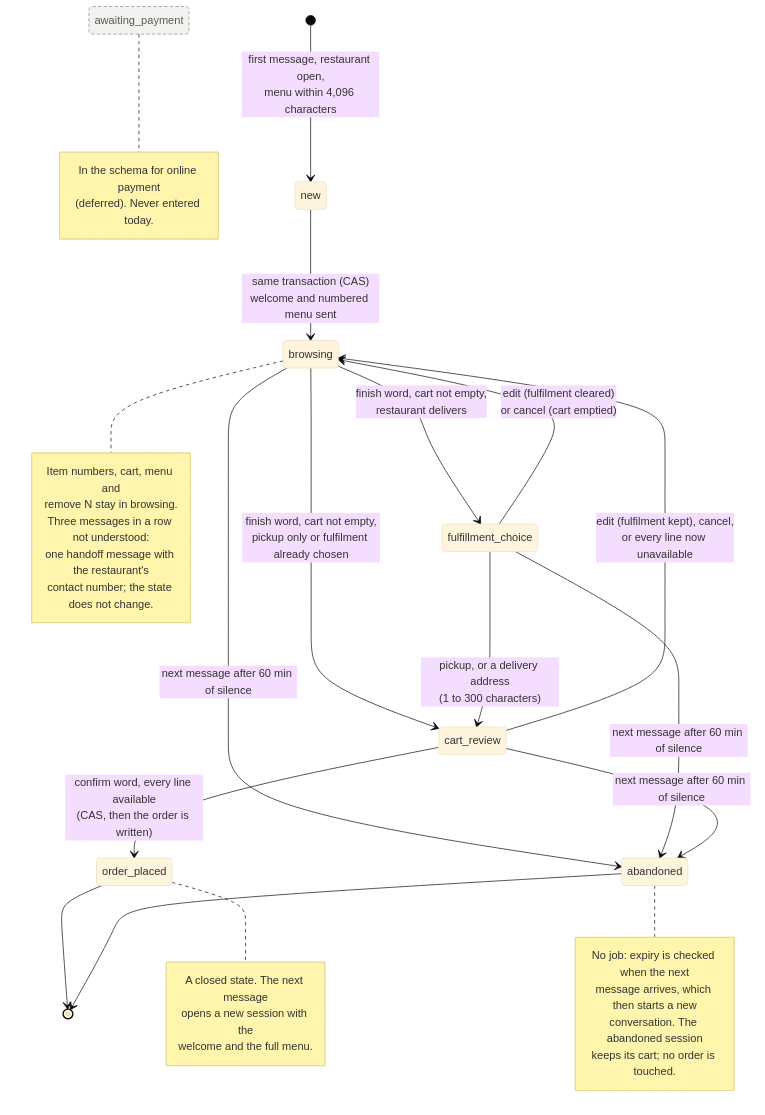
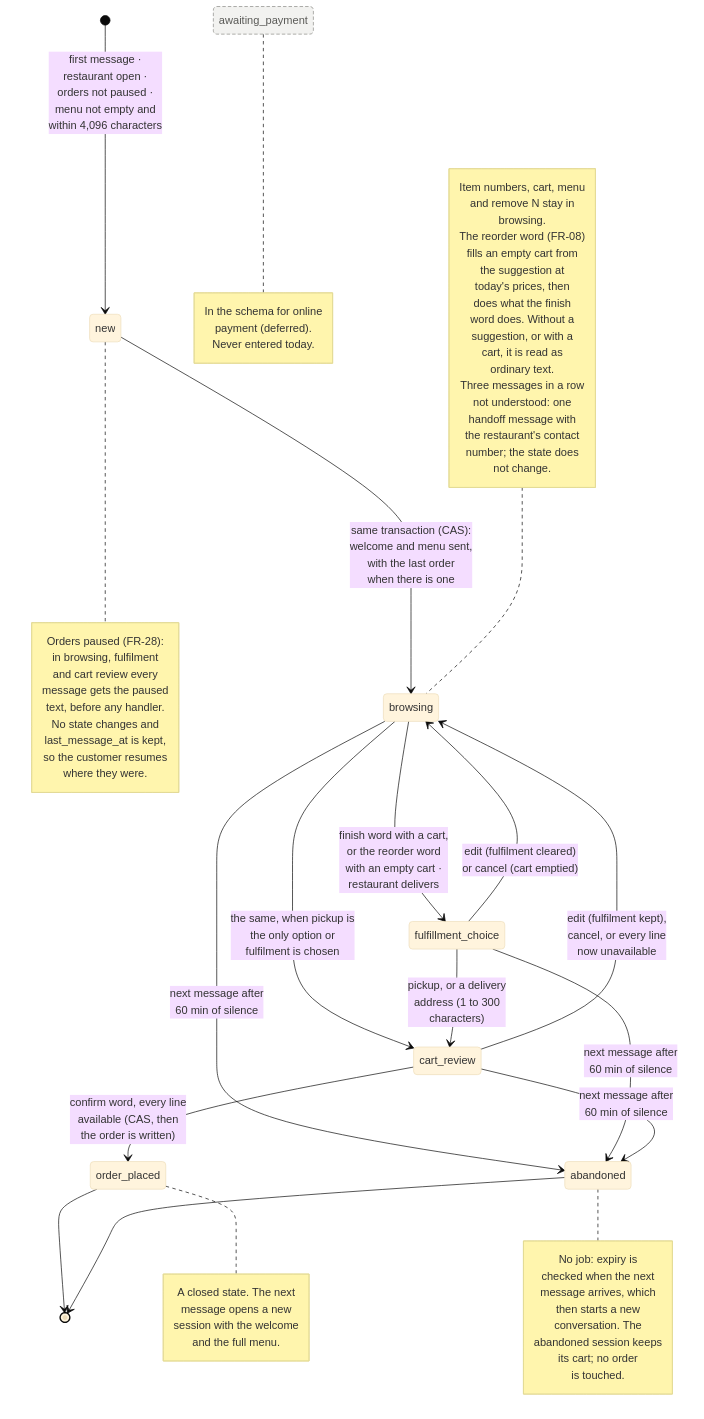
Before and after one commit to mozz-labs/sufria: the diagram in docs/diagrams/08-state-session.mmd, drawn with Mermaid (base theme). The commit also changed 37 other files, not shown here.

First line of the commit message:
docs(wip): Chapter 3 v1.2 diagrams — all rendered, FR-08, FR-28 and menu as built

```diff
--- a/docs/diagrams/08-state-session.mmd
+++ b/docs/diagrams/08-state-session.mmd
@@ -1,51 +1,82 @@
 stateDiagram-v2
     direction TB
     classDef deferred fill:#F2F2F0,stroke:#8A8A85,stroke-dasharray:5 3,color:#5A5A57
 
-    [*] --> new : first message, restaurant open,<br/>menu within 4,096 characters
-    new --> browsing : same transaction (CAS)<br/>welcome and numbered menu sent
+    [*] --> new : first message ·<br/>restaurant open ·<br/>orders not paused ·<br/>menu not empty and<br/>within 4,096 characters
+    new --> browsing : same transaction (CAS):<br/>welcome and menu sent,<br/>with the last order<br/>when there is one
 
-    browsing --> fulfillment_choice : finish word, cart not empty,<br/>restaurant delivers
-    browsing --> cart_review : finish word, cart not empty,<br/>pickup only or fulfilment already chosen
+    browsing --> fulfillment_choice : finish word with a cart,<br/>or the reorder word<br/>with an empty cart ·<br/>restaurant delivers
+    browsing --> cart_review : the same, when pickup is<br/>the only option or<br/>fulfilment is chosen
 
-    fulfillment_choice --> cart_review : pickup, or a delivery address<br/>(1 to 300 characters)
+    fulfillment_choice --> cart_review : pickup, or a delivery<br/>address (1 to 300<br/>characters)
     fulfillment_choice --> browsing : edit (fulfilment cleared)<br/>or cancel (cart emptied)
 
-    cart_review --> browsing : edit (fulfilment kept), cancel,<br/>or every line now unavailable
-    cart_review --> order_placed : confirm word, every line available<br/>(CAS, then the order is written)
+    cart_review --> browsing : edit (fulfilment kept),<br/>cancel, or every line<br/>now unavailable
+    cart_review --> order_placed : confirm word, every line<br/>available (CAS, then<br/>the order is written)
 
-    browsing --> abandoned : next message after 60 min of silence
-    fulfillment_choice --> abandoned : next message after 60 min of silence
-    cart_review --> abandoned : next message after 60 min of silence
+    browsing --> abandoned : next message after<br/>60 min of silence
+    fulfillment_choice --> abandoned : next message after<br/>60 min of silence
+    cart_review --> abandoned : next message after<br/>60 min of silence
 
     awaiting_payment
     class awaiting_payment deferred
 
     order_placed --> [*]
     abandoned --> [*]
 
-    note right of browsing
-        Item numbers, cart, menu and
-        remove N stay in browsing.
-        Three messages in a row not understood:
-        one handoff message with the restaurant's
-        contact number; the state does not change.
+    note right of new
+        Orders paused (FR-28):
+        in browsing, fulfilment
+        and cart review every
+        message gets the paused
+        text, before any handler.
+        No state changes and
+        last_message_at is kept,
+        so the customer resumes
+        where they were.
+    end note
+
+    note left of browsing
+        Item numbers, cart, menu
+        and remove N stay in
+        browsing.
+        The reorder word (FR-08)
+        fills an empty cart from
+        the suggestion at
+        today's prices, then
+        does what the finish
+        word does. Without a
+        suggestion, or with a
+        cart, it is read as
+        ordinary text.
+        Three messages in a row
+        not understood: one
+        handoff message with
+        the restaurant's contact
+        number; the state does
+        not change.
     end note
 
     note right of awaiting_payment
-        In the schema for online payment
-        (deferred). Never entered today.
+        In the schema for online
+        payment (deferred).
+        Never entered today.
     end note
 
     note right of order_placed
-        A closed state. The next message
-        opens a new session with the
-        welcome and the full menu.
+        A closed state. The next
+        message opens a new
+        session with the welcome
+        and the full menu.
     end note
 
     note right of abandoned
-        No job: expiry is checked when the next
-        message arrives, which then starts a new
-        conversation. The abandoned session
-        keeps its cart; no order is touched.
+        No job: expiry is
+        checked when the next
+        message arrives, which
+        then starts a new
+        conversation. The
+        abandoned session keeps
+        its cart; no order
+        is touched.
     end note
```
